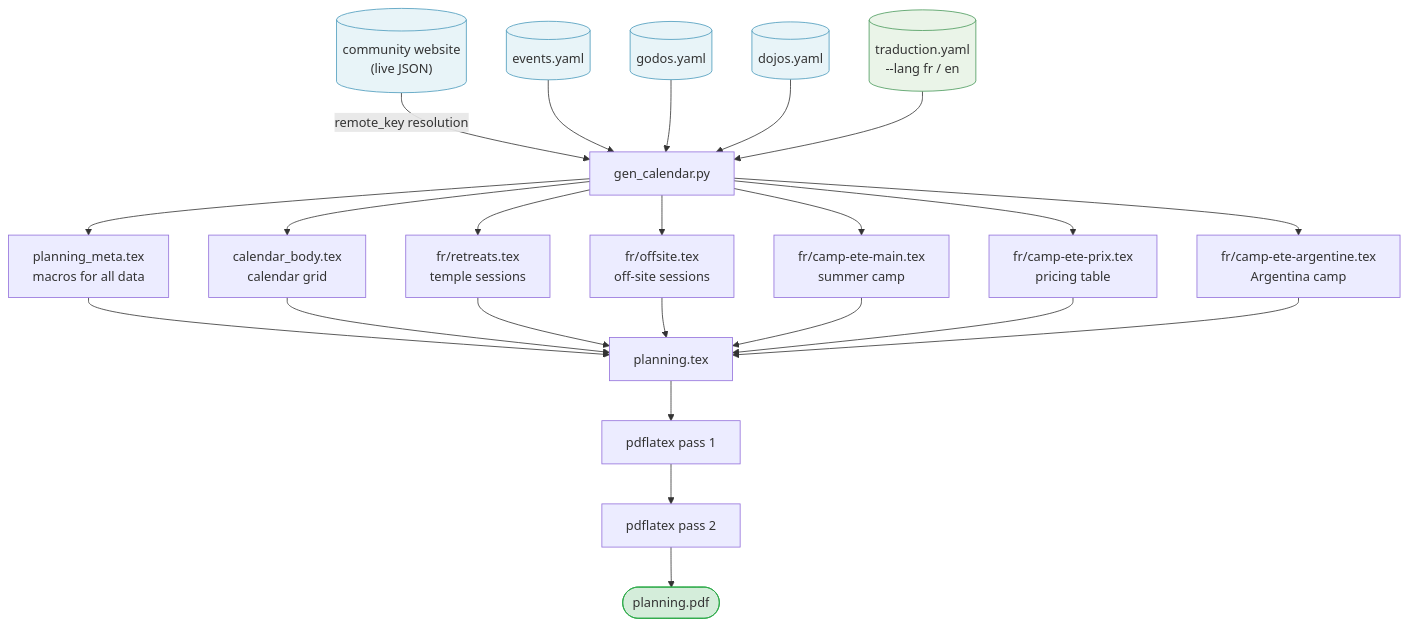
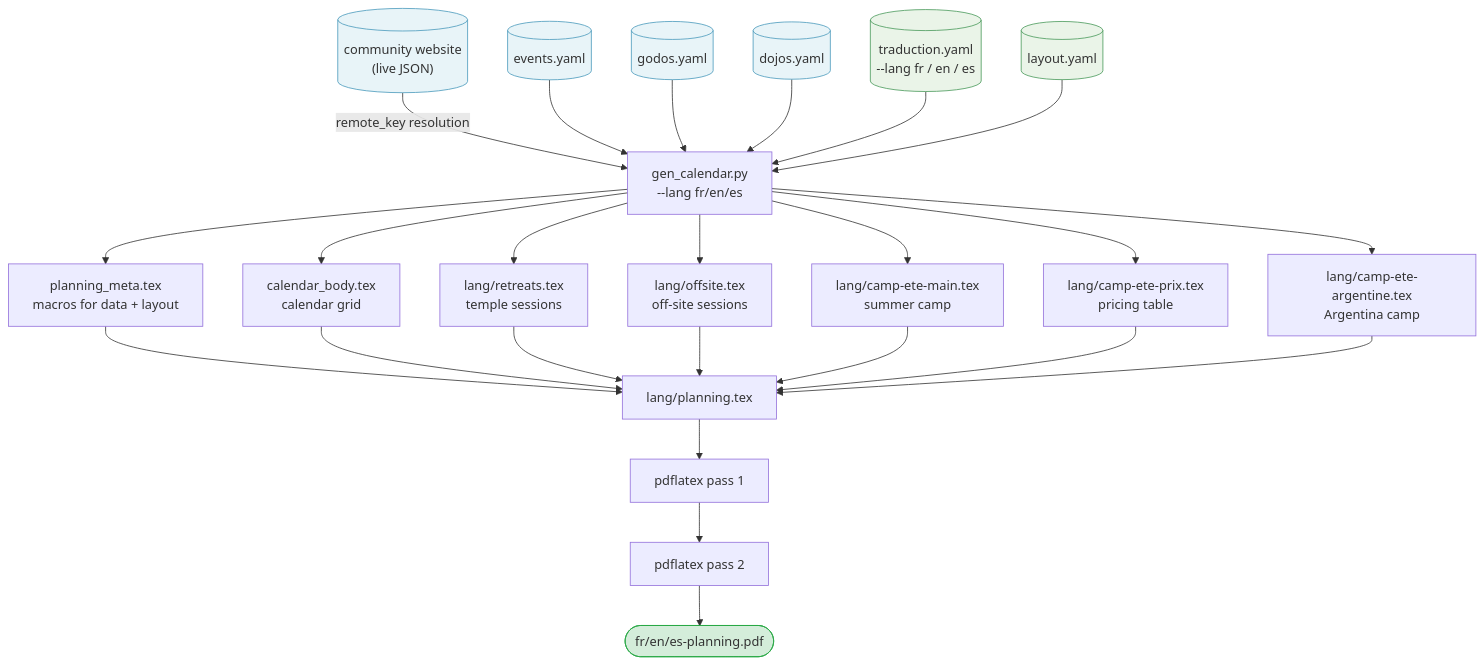
The diagram in src/content/blog/planning-poster-layout-data-generation-separation.mdx (olivier-carrere/redaction-technique.org), drawn with Mermaid before and after one commit. The commit also changed other lines of this file, not shown here.

First line of the commit message:
edit(blog): update planning post to five-layer architecture with ES and layout.yaml

````diff
--- a/src/content/blog/planning-poster-layout-data-generation-separation.mdx
+++ b/src/content/blog/planning-poster-layout-data-generation-separation.mdx
@@ -48,34 +49,36 @@
 ```mermaid
 flowchart TD
     R[("community website<br/>(live JSON)")] -->|remote_key resolution| G
     EV[(events.yaml)] --> G
     GO[(godos.yaml)] --> G
     DO[(dojos.yaml)] --> G
-    TR[(traduction.yaml<br/>--lang fr / en)] --> G
-    G[gen_calendar.py] --> M[planning_meta.tex<br/>macros for all data]
+    TR[(traduction.yaml<br/>--lang fr / en / es)] --> G
+    LY[(layout.yaml)] --> G
+    G[gen_calendar.py<br/>--lang fr/en/es] --> M[planning_meta.tex<br/>macros for data + layout]
     G --> CB[calendar_body.tex<br/>calendar grid]
-    G --> ST[fr/retreats.tex<br/>temple sessions]
-    G --> AS[fr/offsite.tex<br/>off-site sessions]
-    G --> CE[fr/camp-ete-main.tex<br/>summer camp]
-    G --> CP[fr/camp-ete-prix.tex<br/>pricing table]
-    G --> CA[fr/camp-ete-argentine.tex<br/>Argentina camp]
+    G --> ST[lang/retreats.tex<br/>temple sessions]
+    G --> AS[lang/offsite.tex<br/>off-site sessions]
+    G --> CE[lang/camp-ete-main.tex<br/>summer camp]
+    G --> CP[lang/camp-ete-prix.tex<br/>pricing table]
+    G --> CA[lang/camp-ete-argentine.tex<br/>Argentina camp]
 
-    M --> P[planning.tex]
+    M --> P[lang/planning.tex]
     CB --> P
     ST --> P
     AS --> P
     CE --> P
     CP --> P
     CA --> P
 
     P --> L1[pdflatex pass 1]
     L1 --> L2[pdflatex pass 2]
-    L2 --> F([planning.pdf])
+    L2 --> F([fr/en/es-planning.pdf])
 
     style R fill:#e8f4f8,stroke:#4a9abb
     style EV fill:#e8f4f8,stroke:#4a9abb
     style GO fill:#e8f4f8,stroke:#4a9abb
     style DO fill:#e8f4f8,stroke:#4a9abb
     style TR fill:#eaf4e8,stroke:#4a9a5b
+    style LY fill:#eaf4e8,stroke:#4a9a5b
     style F fill:#d4edda,stroke:#28a745
 ```
````
